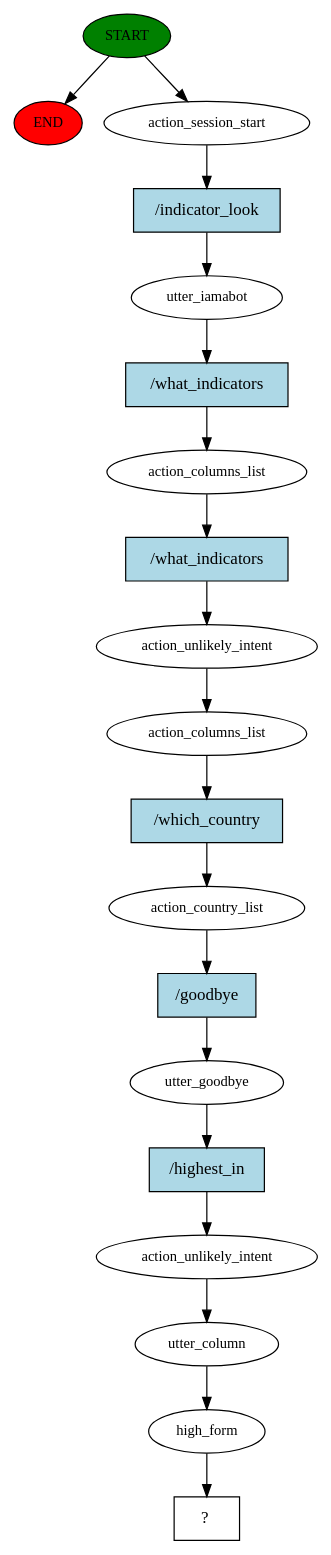
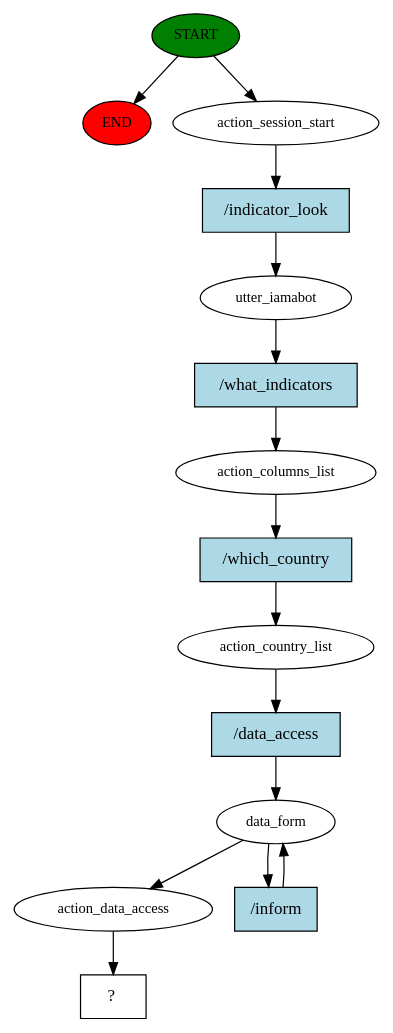
Before and after one commit to Kamalabot/rasa_tut_bots: the diagram in econobot/story_graph.dot, drawn with Graphviz. The commit also changed 7 other files, not shown here.

```diff
--- a/econobot/story_graph.dot
+++ b/econobot/story_graph.dot
@@ -1,39 +1,30 @@
 digraph  {
 0 [class="start active", fillcolor=green, fontsize=12, label=START, style=filled];
 "-1" [class=end, fillcolor=red, fontsize=12, label=END, style=filled];
 1 [class=active, fontsize=12, label=action_session_start];
 2 [class=active, fontsize=12, label=utter_iamabot];
 3 [class=active, fontsize=12, label=action_columns_list];
-4 [class=active, fontsize=12, label=action_unlikely_intent];
-5 [class=active, fontsize=12, label=action_columns_list];
-6 [class=active, fontsize=12, label=action_country_list];
-7 [class=active, fontsize=12, label=utter_goodbye];
-8 [class=active, fontsize=12, label=action_unlikely_intent];
-9 [class=active, fontsize=12, label=utter_column];
-10 [class=active, fontsize=12, label=high_form];
-11 [class="intent dashed active", label="  ?  ", shape=rect];
-12 [class="intent active", fillcolor=lightblue, label="/indicator_look", shape=rect, style=filled];
-13 [class="intent active", fillcolor=lightblue, label="/what_indicators", shape=rect, style=filled];
-14 [class="intent active", fillcolor=lightblue, label="/what_indicators", shape=rect, style=filled];
-15 [class="intent active", fillcolor=lightblue, label="/which_country", shape=rect, style=filled];
-16 [class="intent active", fillcolor=lightblue, label="/goodbye", shape=rect, style=filled];
-17 [class="intent active", fillcolor=lightblue, label="/highest_in", shape=rect, style=filled];
+4 [class=active, fontsize=12, label=action_country_list];
+5 [class=active, fontsize=12, label=data_form];
+8 [class=active, fontsize=12, label=action_data_access];
+9 [class="intent dashed active", label="  ?  ", shape=rect];
+10 [class="intent active", fillcolor=lightblue, label="/indicator_look", shape=rect, style=filled];
+11 [class="intent active", fillcolor=lightblue, label="/what_indicators", shape=rect, style=filled];
+12 [class="intent active", fillcolor=lightblue, label="/which_country", shape=rect, style=filled];
+13 [class="intent active", fillcolor=lightblue, label="/data_access", shape=rect, style=filled];
+14 [class="intent active", fillcolor=lightblue, label="/inform", shape=rect, style=filled];
 0 -> "-1"  [class="", key=NONE, label=""];
 0 -> 1  [class=active, key=NONE, label=""];
-1 -> 12  [class=active, key=0];
-2 -> 13  [class=active, key=0];
-3 -> 14  [class=active, key=0];
-4 -> 5  [class=active, key=NONE, label=""];
-5 -> 15  [class=active, key=0];
-6 -> 16  [class=active, key=0];
-7 -> 17  [class=active, key=0];
+1 -> 10  [class=active, key=0];
+2 -> 11  [class=active, key=0];
+3 -> 12  [class=active, key=0];
+4 -> 13  [class=active, key=0];
+5 -> 8  [class=active, key=NONE, label=""];
+5 -> 14  [class=active, key=0];
 8 -> 9  [class=active, key=NONE, label=""];
-9 -> 10  [class=active, key=NONE, label=""];
-10 -> 11  [class=active, key=NONE, label=""];
-12 -> 2  [class=active, key=0];
-13 -> 3  [class=active, key=0];
-14 -> 4  [class=active, key=0];
-15 -> 6  [class=active, key=0];
-16 -> 7  [class=active, key=0];
-17 -> 8  [class=active, key=0];
+10 -> 2  [class=active, key=0];
+11 -> 3  [class=active, key=0];
+12 -> 4  [class=active, key=0];
+13 -> 5  [class=active, key=0];
+14 -> 5  [class=active, key=0];
 }
```
